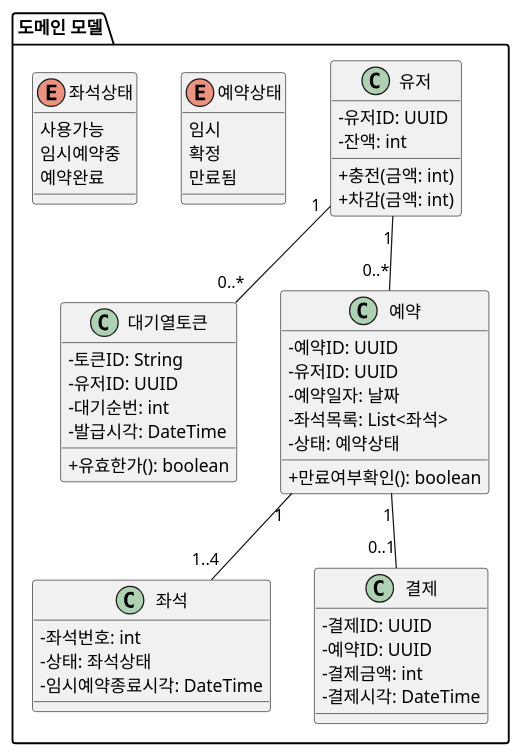
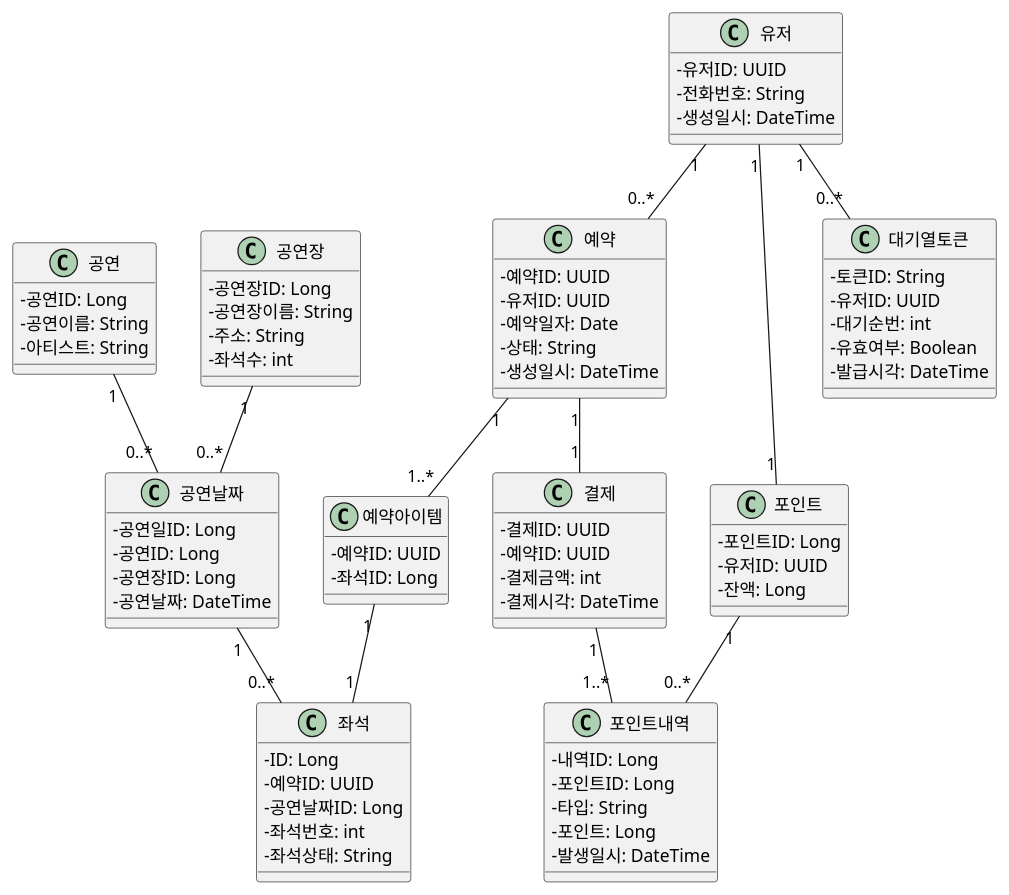
The diagram in docs/Class.puml (shAn-kor/hanghae99-server-java), drawn with PlantUML before and after one commit. The commit also changed 4 other files, not shown here.

Commit message:
Docs: Fix Diagrams 문서 수정

```diff
--- a/docs/Class.puml
+++ b/docs/Class.puml
@@ -1,61 +1,92 @@
 @startuml
 skinparam classAttributeIconSize 0
 
-package "도메인 모델" {
+class 공연 {
+  - 공연ID: Long
+  - 공연이름: String
+  - 아티스트: String
+}
+
+class 공연장 {
+  - 공연장ID: Long
+  - 공연장이름: String
+  - 주소: String
+  - 좌석수: int
+}
+
+class 공연날짜 {
+  - 공연일ID: Long
+  - 공연ID: Long
+  - 공연장ID: Long
+  - 공연날짜: DateTime
+}
 
 class 유저 {
   - 유저ID: UUID
-  - 잔액: int
-  + 충전(금액: int)
-  + 차감(금액: int)
+  - 전화번호: String
+  - 생성일시: DateTime
+}
+
+class 포인트 {
+  - 포인트ID: Long
+  - 유저ID: UUID
+  - 잔액: Long
+}
+
+class 포인트내역 {
+  - 내역ID: Long
+  - 포인트ID: Long
+  - 타입: String
+  - 포인트: Long
+  - 발생일시: DateTime
 }
 
 class 대기열토큰 {
   - 토큰ID: String
   - 유저ID: UUID
   - 대기순번: int
+  - 유효여부: Boolean
   - 발급시각: DateTime
-  + 유효한가(): boolean
 }
 
 class 예약 {
   - 예약ID: UUID
   - 유저ID: UUID
-  - 예약일자: 날짜
-  - 좌석목록: List<좌석>
-  - 상태: 예약상태
-  + 만료여부확인(): boolean
+  - 예약일자: Date
+  - 상태: String
+  - 생성일시: DateTime
 }
 
 class 좌석 {
+  - ID: Long
+  - 예약ID: UUID
+  - 공연날짜ID: Long
   - 좌석번호: int
-  - 상태: 좌석상태
-  - 임시예약종료시각: DateTime
+  - 좌석상태: String
+}
+
+class 예약아이템 {
+  - 예약ID: UUID
+  - 좌석ID: Long
 }
 
 class 결제 {
   - 결제ID: UUID
   - 예약ID: UUID
   - 결제금액: int
   - 결제시각: DateTime
 }
 
-enum 예약상태 {
-  임시
-  확정
-  만료됨
-}
-
-enum 좌석상태 {
-  사용가능
-  임시예약중
-  예약완료
-}
-
+공연 "1" -- "0..*" 공연날짜
+공연장 "1" -- "0..*" 공연날짜
+유저 "1" -- "1" 포인트
+포인트 "1" -- "0..*" 포인트내역
 유저 "1" -- "0..*" 대기열토큰
 유저 "1" -- "0..*" 예약
-예약 "1" -- "1..4" 좌석
-예약 "1" -- "0..1" 결제
+예약 "1" -- "1..*" 예약아이템
+예약아이템 "1" -- "1" 좌석
+공연날짜 "1" -- "0..*" 좌석
+예약 "1" -- "1" 결제
+결제 "1" -- "1..*" 포인트내역
 
-}
 @enduml
```
